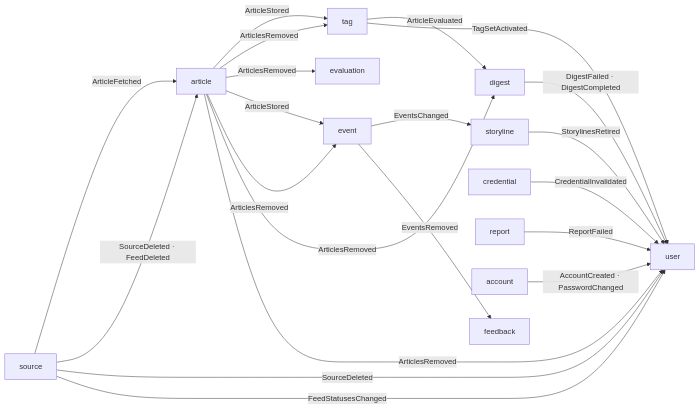
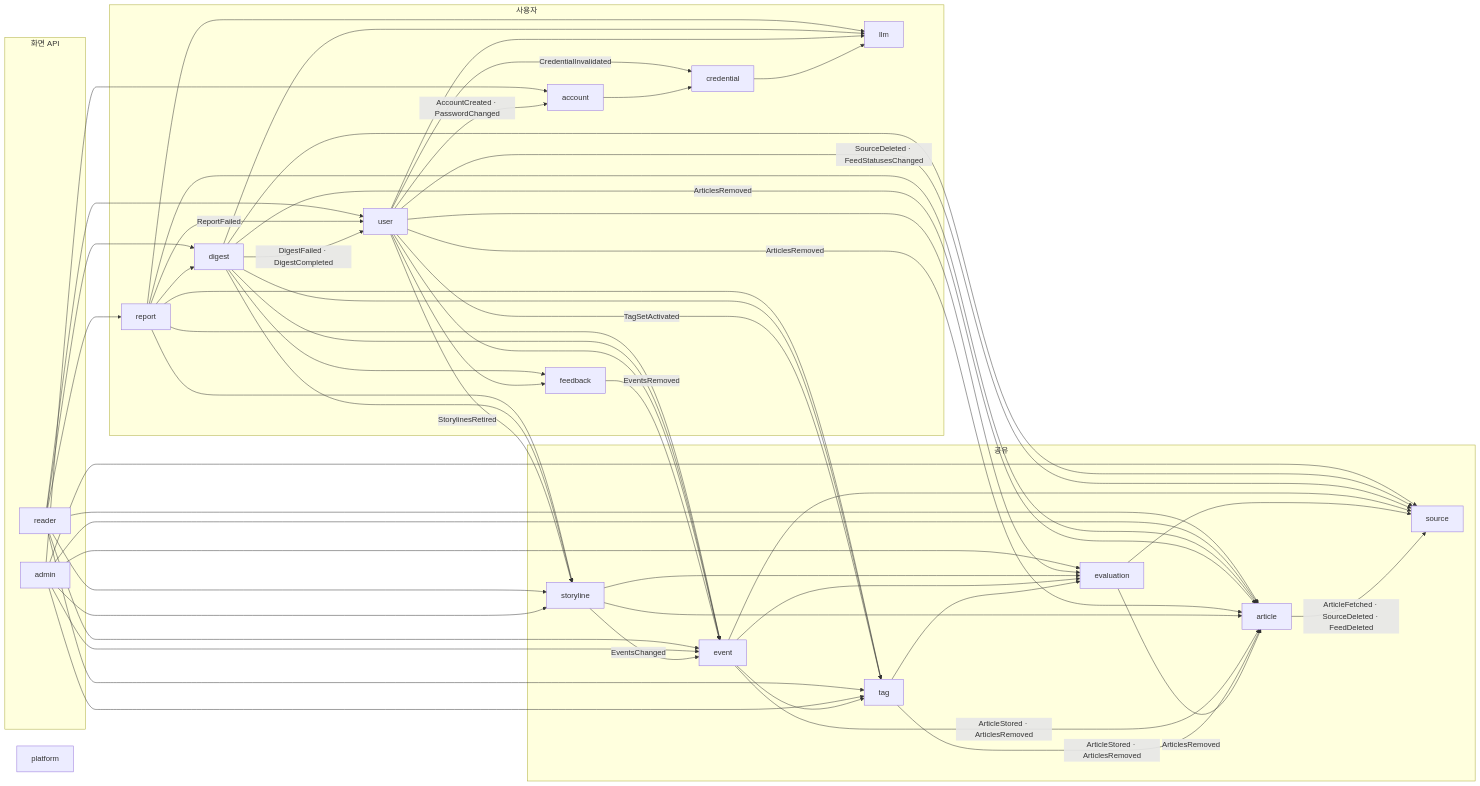
One commit to Theia0382/yozm-news changed the third of 3 diagrams in docs/overview.md. Above: the diagram before and after it, drawn with Mermaid. The commit also changed other lines of this file and 5 other files, not shown here.

First line of the commit message:
docs: overview §5 를 의존 그래프로 다시 그리고 ArticleEvaluated 를 없앰

````diff
--- a/docs/overview.md
+++ b/docs/overview.md
@@ -198,23 +198,80 @@
 ```mermaid
 flowchart LR
-    source -- ArticleFetched --> article
-    source -- SourceDeleted · FeedDeleted --> article
-    source -- SourceDeleted --> user
-    source -- FeedStatusesChanged --> user
-    article -- ArticleStored --> tag
-    article -- ArticlesRemoved --> tag
-    article -- ArticlesRemoved --> evaluation
-    article -- ArticleStored --> event
-    article -- ArticlesRemoved --> event
-    article -- ArticlesRemoved --> digest
-    article -- ArticlesRemoved --> user
-    event -- EventsChanged --> storyline
-    event -- EventsRemoved --> feedback
-    tag -- ArticleEvaluated --> digest
-    tag -- TagSetActivated --> user
-    storyline -- StorylinesRetired --> user
-    credential -- CredentialInvalidated --> user
-    digest -- DigestFailed · DigestCompleted --> user
+    subgraph shared[공유]
+        source
+        article
+        tag
+        evaluation
+        event
+        storyline
+    end
+    subgraph personal[사용자]
+        account
+        credential
+        llm
+        user
+        digest
+        feedback
+        report
+    end
+    subgraph screens[화면 API]
+        admin
+        reader
+    end
+    platform[platform]
+
+    article -- "ArticleFetched · SourceDeleted · FeedDeleted" --> source
+    evaluation -- ArticlesRemoved --> article
+    evaluation --> source
+    tag -- "ArticleStored · ArticlesRemoved" --> article
+    tag --> evaluation
+    event -- "ArticleStored · ArticlesRemoved" --> article
+    event --> evaluation
+    event --> tag
+    event --> source
+    storyline -- EventsChanged --> event
+    storyline --> evaluation
+    storyline --> article
+    feedback -- EventsRemoved --> event
+    account --> credential
+    credential --> llm
+    user -- "AccountCreated · PasswordChanged" --> account
+    user -- CredentialInvalidated --> credential
+    user -- "SourceDeleted · FeedStatusesChanged" --> source
+    user -- ArticlesRemoved --> article
+    user -- TagSetActivated --> tag
+    user -- StorylinesRetired --> storyline
+    user --> evaluation
+    user --> event
+    user --> feedback
+    user --> llm
+    digest -- "DigestFailed · DigestCompleted" --> user
+    digest -- ArticlesRemoved --> article
+    digest --> event
+    digest --> feedback
+    digest --> llm
+    digest --> source
+    digest --> storyline
+    digest --> tag
     report -- ReportFailed --> user
-    account -- AccountCreated · PasswordChanged --> user
+    report --> article
+    report --> digest
+    report --> event
+    report --> llm
+    report --> storyline
+    report --> tag
+    admin --> account
+    admin --> article
+    admin --> evaluation
+    admin --> event
+    admin --> source
+    admin --> storyline
+    admin --> tag
+    reader --> article
+    reader --> digest
+    reader --> event
+    reader --> report
+    reader --> storyline
+    reader --> tag
+    reader --> user
 ```
````
